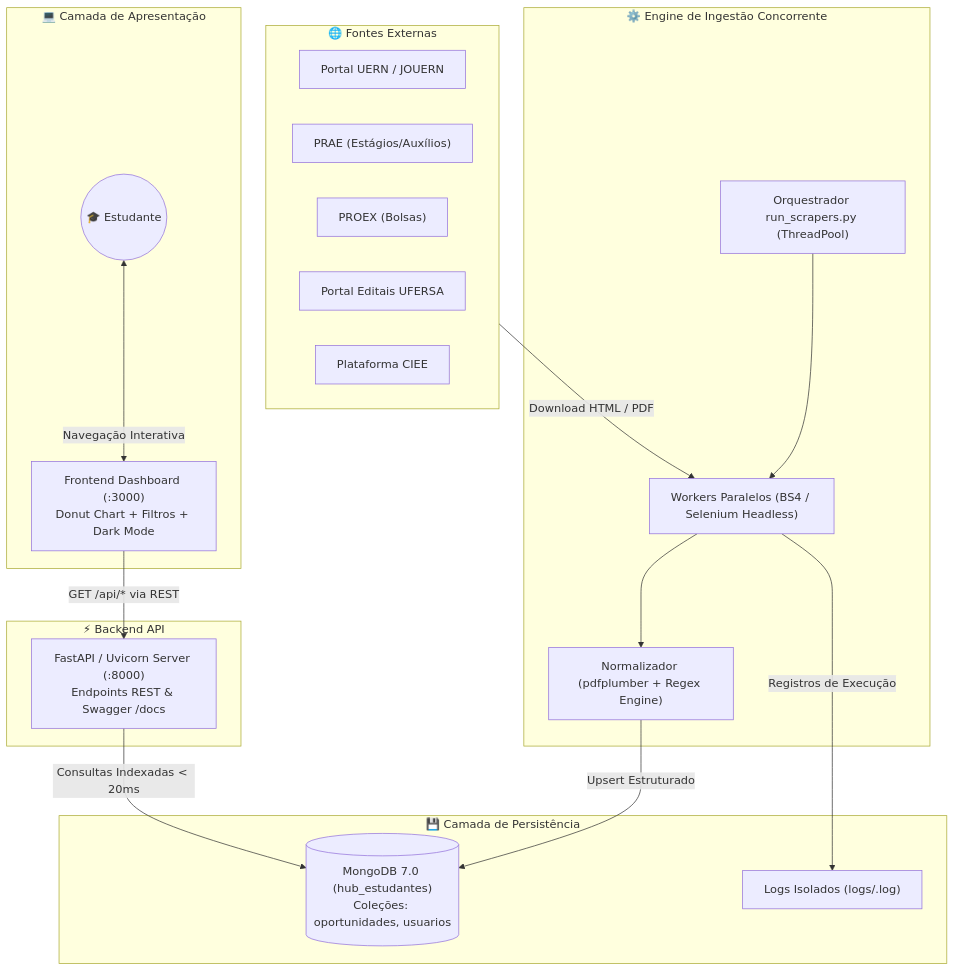
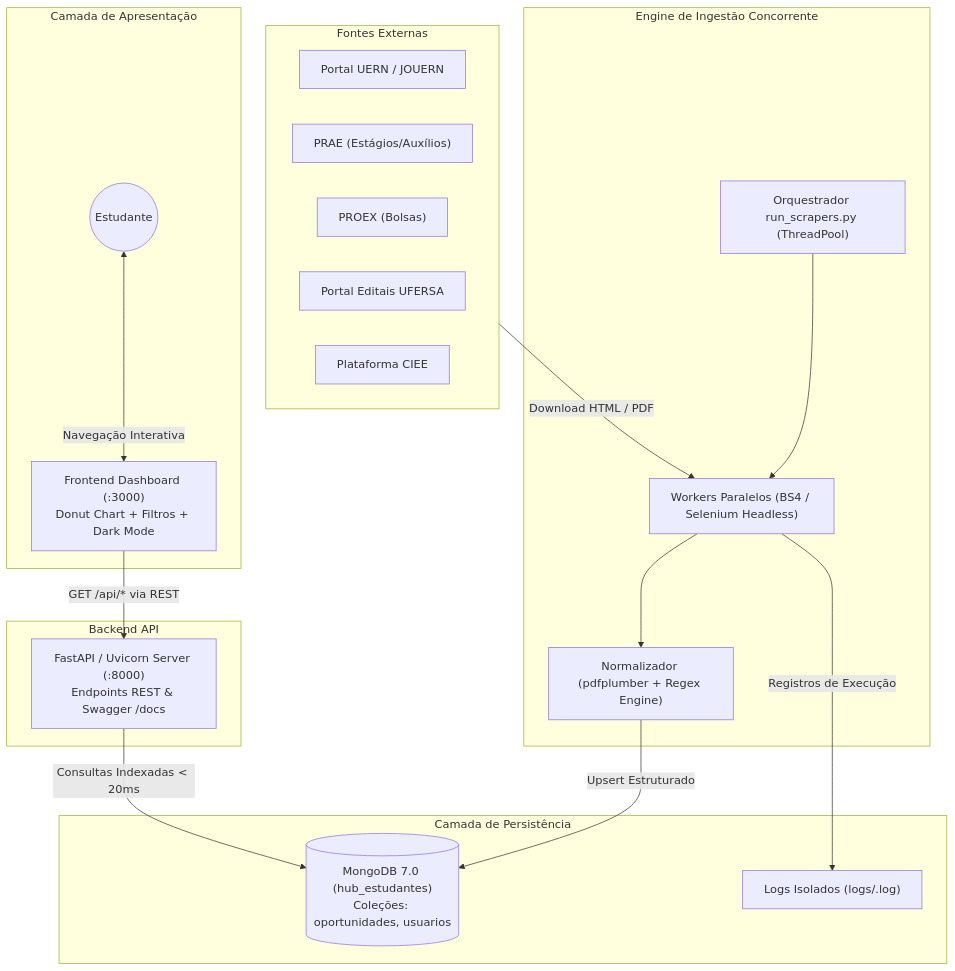
One commit to kelryana/EduScrap changed the diagram in README.md. Above: the diagram before and after it, drawn with Mermaid. The commit also changed other lines of this file, not shown here.

````diff
--- a/README.md
+++ b/README.md
@@ -62,39 +62,39 @@
 ```mermaid
 flowchart TD
-    subgraph Fontes ["🌐 Fontes Externas"]
+    subgraph Fontes ["Fontes Externas"]
         UERN["Portal UERN / JOUERN"]
         PRAE["PRAE (Estágios/Auxílios)"]
         PROEX["PROEX (Bolsas)"]
         UFERSA["Portal Editais UFERSA"]
         CIEE["Plataforma CIEE"]
     end
 
-    subgraph Ingestao ["⚙️ Engine de Ingestão Concorrente"]
+    subgraph Ingestao [" Engine de Ingestão Concorrente"]
         Runner["Orquestrador run_scrapers.py (ThreadPool)"]
         Scrapers["Workers Paralelos (BS4 / Selenium Headless)"]
         Norm["Normalizador (pdfplumber + Regex Engine)"]
     end
 
-    subgraph Dados ["💾 Camada de Persistência"]
+    subgraph Dados [" Camada de Persistência"]
         Mongo[("MongoDB 7.0 (hub_estudantes)\nColeções: oportunidades, usuarios")]
         Logs["Logs Isolados (logs/<fonte>.log)"]
     end
 
-    subgraph Servicos ["⚡ Backend API"]
+    subgraph Servicos [" Backend API"]
         FastAPI["FastAPI / Uvicorn Server (:8000)\nEndpoints REST & Swagger /docs"]
     end
 
-    subgraph Cliente ["💻 Camada de Apresentação"]
+    subgraph Cliente [" Camada de Apresentação"]
         SPA["Frontend Dashboard (:3000)\nDonut Chart + Filtros + Dark Mode"]
-        User(("🎓 Estudante"))
+        User(("Estudante"))
     end
 
     Fontes -->|Download HTML / PDF| Scrapers
     Runner --> Scrapers
     Scrapers --> Norm
     Norm -->|Upsert Estruturado| Mongo
     Scrapers -->|Registros de Execução| Logs
     FastAPI -->|Consultas Indexadas < 20ms| Mongo
     SPA -->|GET /api/* via REST| FastAPI
     User <-->|Navegação Interativa| SPA
 ```
````
